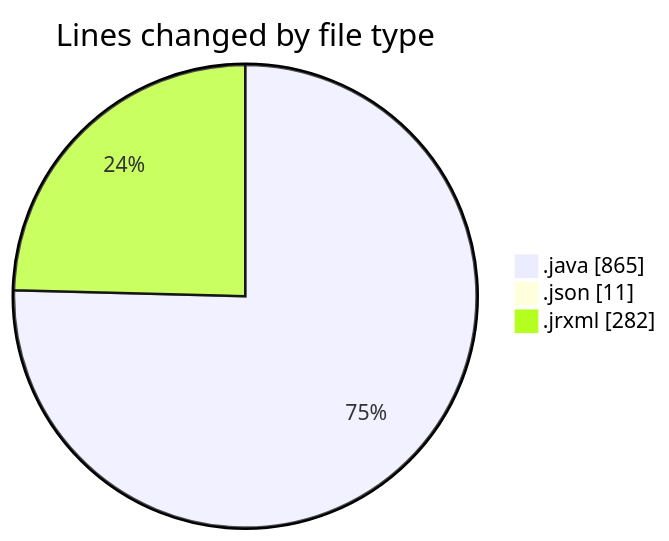
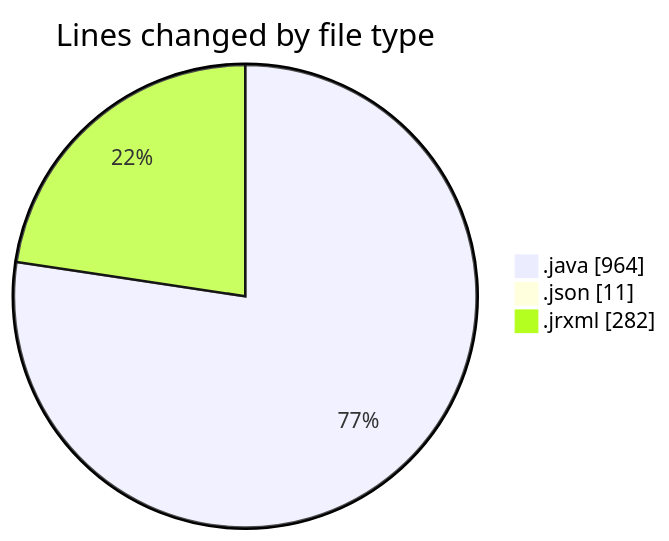
Before and after one commit to ricardozamudiocil/code-tracking: the first of 2 diagrams in 2026-09-16/cilreports__workspace_/README.md, drawn with Mermaid. The commit also changed other lines of this file and 1 other file, not shown here.

````diff
--- a/2026-09-16/cilreports__workspace_/README.md
+++ b/2026-09-16/cilreports__workspace_/README.md
@@ -26,7 +26,7 @@
 ```mermaid
 pie showData
 title Lines changed by file type
-".java" : 865
+".java" : 964
 ".json" : 11
 ".jrxml" : 282
 ```
````
